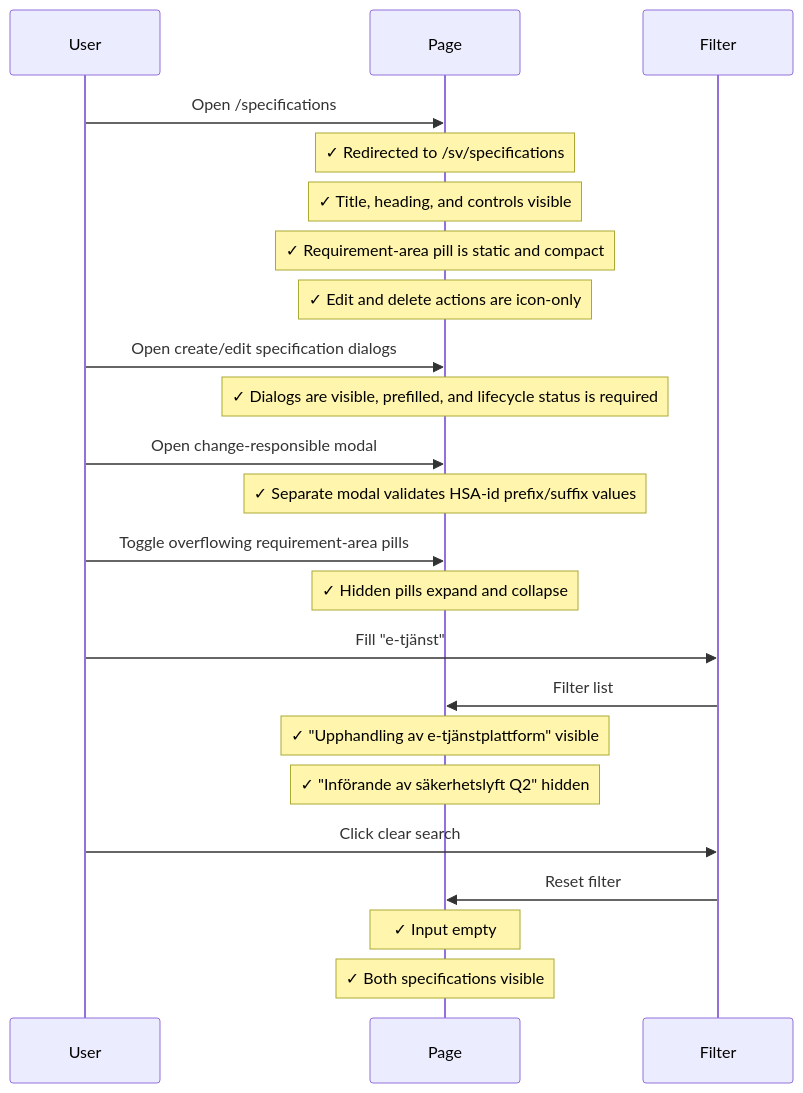
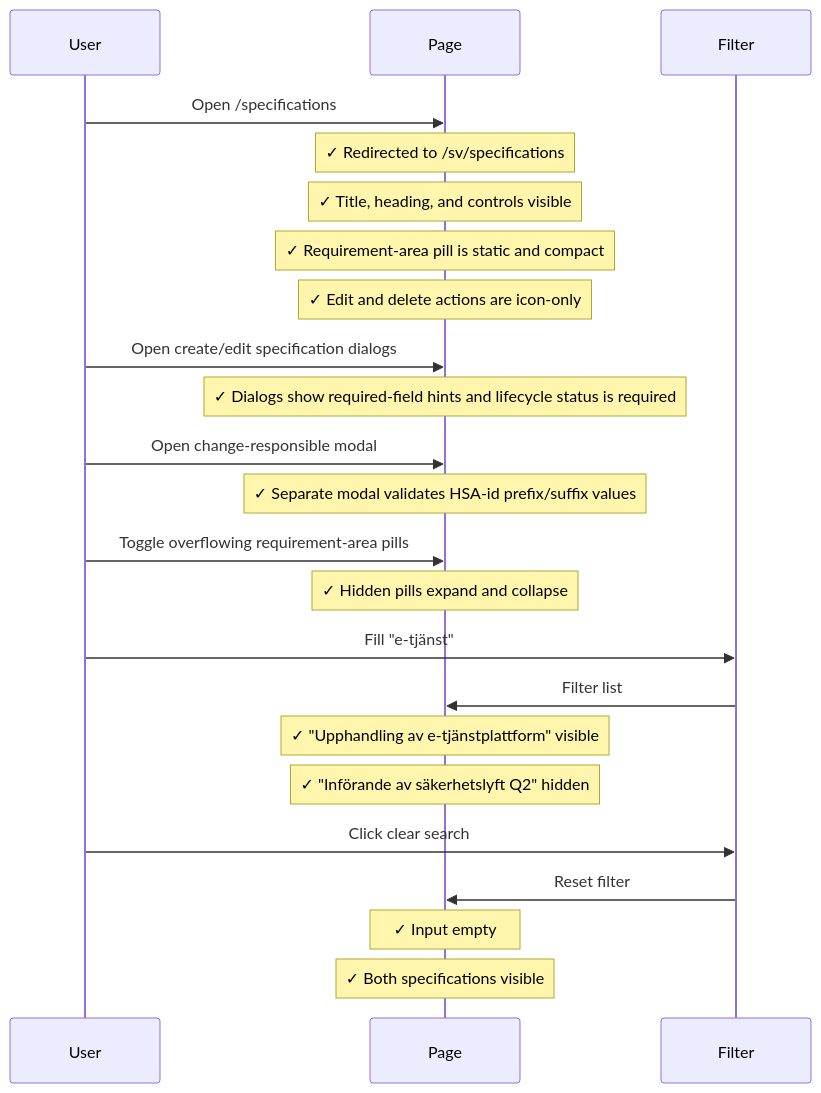
The second of 3 diagrams in tests/integration/specifications-list.md (viscalyx/Kravhantering), drawn with Mermaid before and after one commit. The commit also changed other lines of this file and 24 other files, not shown here.

````diff
--- a/tests/integration/specifications-list.md
+++ b/tests/integration/specifications-list.md
@@ -89,26 +92,26 @@
 ```mermaid
 sequenceDiagram
     participant U as User
     participant P as Page
     participant F as Filter
 
     U->>P: Open /specifications
     Note over P: ✓ Redirected to /sv/specifications
     Note over P: ✓ Title, heading, and controls visible
     Note over P: ✓ Requirement-area pill is static and compact
     Note over P: ✓ Edit and delete actions are icon-only
     U->>P: Open create/edit specification dialogs
-    Note over P: ✓ Dialogs are visible, prefilled, and lifecycle status is required
+    Note over P: ✓ Dialogs show required-field hints and lifecycle status is required
     U->>P: Open change-responsible modal
     Note over P: ✓ Separate modal validates HSA-id prefix/suffix values
     U->>P: Toggle overflowing requirement-area pills
     Note over P: ✓ Hidden pills expand and collapse
     U->>F: Fill "e-tjänst"
     F->>P: Filter list
     Note over P: ✓ "Upphandling av e-tjänstplattform" visible
     Note over P: ✓ "Införande av säkerhetslyft Q2" hidden
     U->>F: Click clear search
     F->>P: Reset filter
     Note over P: ✓ Input empty
     Note over P: ✓ Both specifications visible
 ```
````
